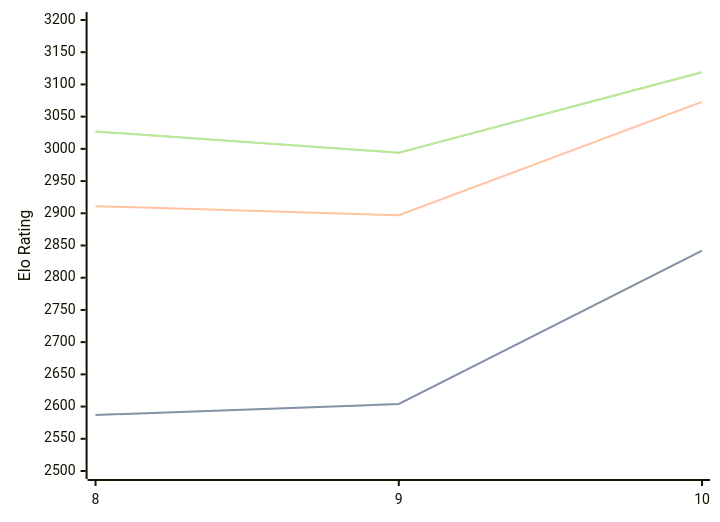
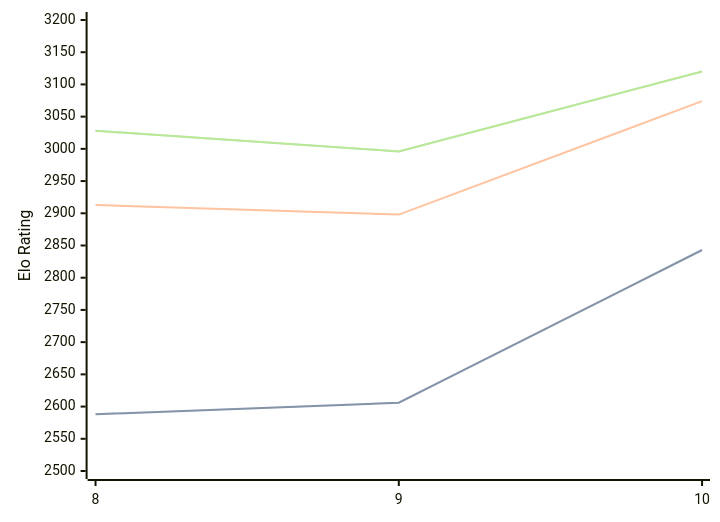
Before and after one commit to computer-chess-index/cci: the diagram in engines/Lozza.md, drawn with Mermaid. The commit also changed other lines of this file, not shown here.

Commit message:
Update CCI Ratings (ELO VLTC) - 2026-08-22

````diff
--- a/engines/Lozza.md
+++ b/engines/Lozza.md
@@ -33,11 +33,11 @@
 ```mermaid
 %%{init: {"theme":"base","themeVariables":{"seriesColors:['#a3a3a3','#222221','#faa371']}}}%%
 xychart-beta
   x-axis ["8", "9", "10"]
   y-axis "Elo Rating" 2500 --> 3200
-  line "STC (8.0+0.08s)" [2587, 2604, 2842]
-  line "STC (8.0+0.08s)" [2587, 2604, 2842]
-  line "LTC (60.0+0.60s)" [2911, 2897, 3073]
-  line "VLTC (2m24s+1.12s)" [3027, 2994, 3119]
-  line "VLTC (2m24s+1.12s)" [3027, 2994, 3119]
+  line "STC (8.0+0.08s)" [2588, 2606, 2843]
+  line "STC (8.0+0.08s)" [2588, 2606, 2843]
+  line "LTC (60.0+0.60s)" [2913, 2898, 3074]
+  line "VLTC (2m24s+1.12s)" [3028, 2996, 3120]
+  line "VLTC (2m24s+1.12s)" [3028, 2996, 3120]
 ```
````
